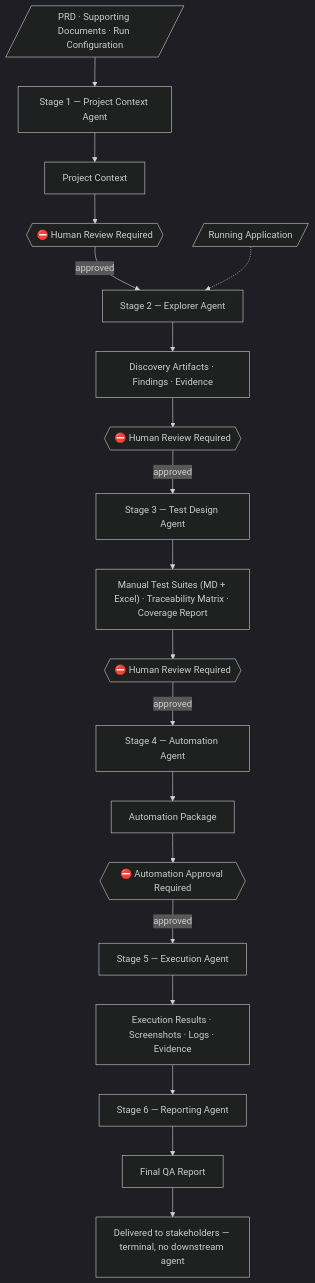
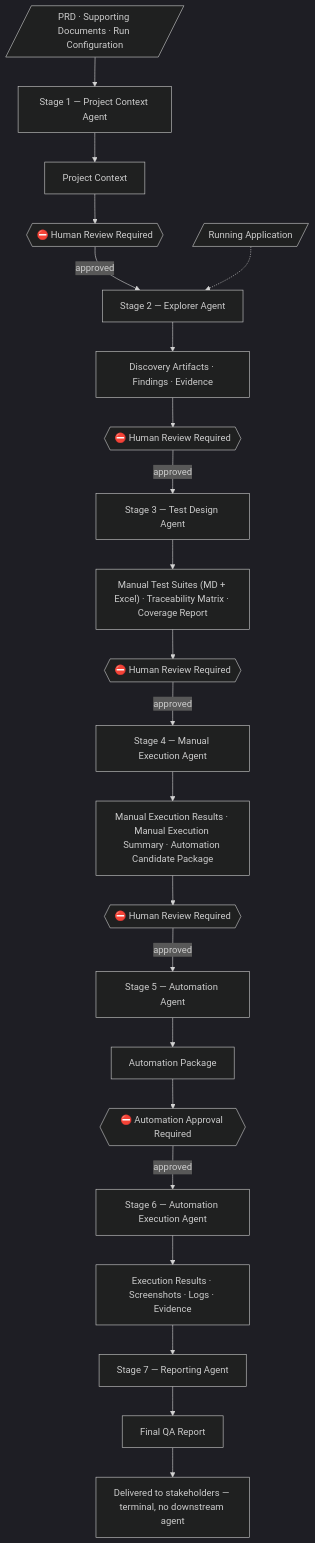
The third of 10 diagrams in README.md (HusseinAtaHussein1/AISeatMap), drawn with Mermaid (dark theme) before and after one commit. The commit also changed other lines of this file and 208 other files, not shown here.

Commit message:
new agent for manual execution only

````diff
--- a/README.md
+++ b/README.md
@@ -250,27 +253,31 @@
 ```mermaid
 flowchart TD
     PRD[/"PRD · Supporting Documents · Run Configuration"/] --> S1
 
     S1["Stage 1 — Project Context Agent"] --> CTX["Project Context"]
     CTX --> G1{{"⛔ Human Review Required"}}
     G1 -->|approved| S2
 
     APP[/"Running Application"/] -.-> S2
     S2["Stage 2 — Explorer Agent"] --> DISC["Discovery Artifacts · Findings · Evidence"]
     DISC --> G2{{"⛔ Human Review Required"}}
     G2 -->|approved| S3
 
     S3["Stage 3 — Test Design Agent"] --> TD["Manual Test Suites (MD + Excel) · Traceability Matrix · Coverage Report"]
     TD --> G3{{"⛔ Human Review Required"}}
     G3 -->|approved| S4
 
-    S4["Stage 4 — Automation Agent"] --> AUTO["Automation Package"]
-    AUTO --> G4{{"⛔ Automation Approval Required"}}
+    S4["Stage 4 — Manual Execution Agent"] --> MANEX["Manual Execution Results · Manual Execution Summary · Automation Candidate Package"]
+    MANEX --> G4{{"⛔ Human Review Required"}}
     G4 -->|approved| S5
 
-    S5["Stage 5 — Execution Agent"] --> EXEC["Execution Results · Screenshots · Logs · Evidence"]
-    EXEC --> S6
+    S5["Stage 5 — Automation Agent"] --> AUTO["Automation Package"]
+    AUTO --> G5{{"⛔ Automation Approval Required"}}
+    G5 -->|approved| S6
 
-    S6["Stage 6 — Reporting Agent"] --> REPORT["Final QA Report"]
+    S6["Stage 6 — Automation Execution Agent"] --> EXEC["Execution Results · Screenshots · Logs · Evidence"]
+    EXEC --> S7
+
+    S7["Stage 7 — Reporting Agent"] --> REPORT["Final QA Report"]
     REPORT --> DONE["Delivered to stakeholders — terminal, no downstream agent"]
 ```
````
